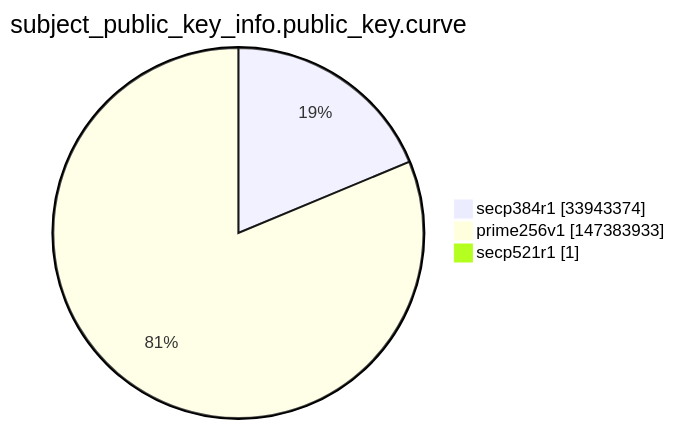
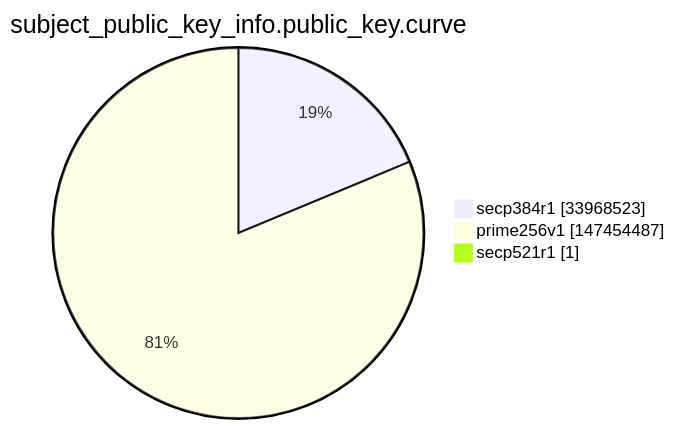
The ninth of 15 diagrams in argon2022/README.md (christiankrug/ctmonitor_visualization), drawn with Mermaid before and after one commit. The commit also changed other lines of this file, not shown here.

````diff
--- a/argon2022/README.md
+++ b/argon2022/README.md
@@ -2764,7 +2764,7 @@
 ```mermaid
 pie showData
 title subject_public_key_info.public_key.curve
-"secp384r1" :33943374
-"prime256v1" :147383933
+"secp384r1" :33968523
+"prime256v1" :147454487
 "secp521r1" :1
 ```
````
